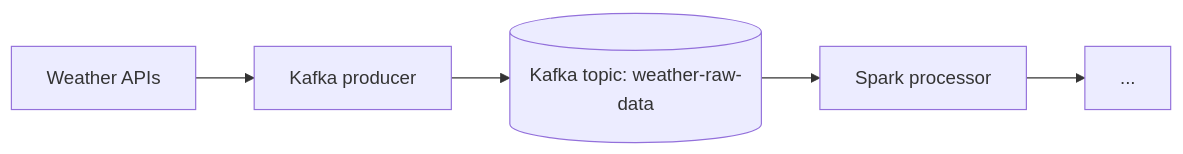
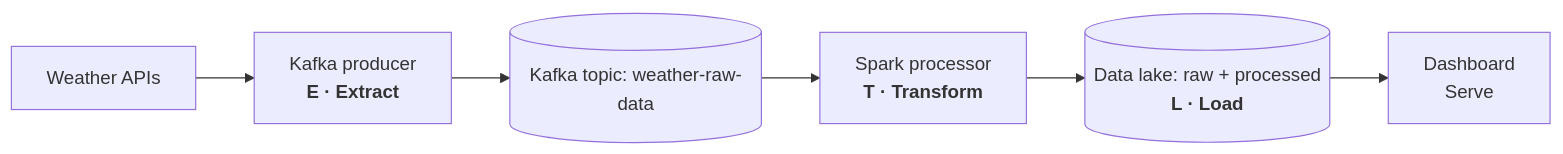
Before and after one commit to atulparashar01/weatherflow-Atul: the diagram in docs/reference_architecture.md, drawn with Mermaid. The commit also changed 1 other file, not shown here.

Commit message:
final_1.2

````diff
--- a/docs/reference_architecture.md
+++ b/docs/reference_architecture.md
@@ -2,7 +2,8 @@
 ```mermaid
 flowchart LR
-  API[Weather APIs] --> P[Kafka producer]
-  P --> T[(Kafka topic: weather-raw-data)]
-  T --> S[Spark processor]
-  S --> ...
+  API["Weather APIs"] --> P["Kafka producer<br/><b>E · Extract</b>"]
+  P --> T[("Kafka topic: weather-raw-data")]
+  T --> S["Spark processor<br/><b>T · Transform</b>"]
+  S --> L[("Data lake: raw + processed<br/><b>L · Load</b>")]
+  L --> D["Dashboard<br/>Serve"]
 ```
````
